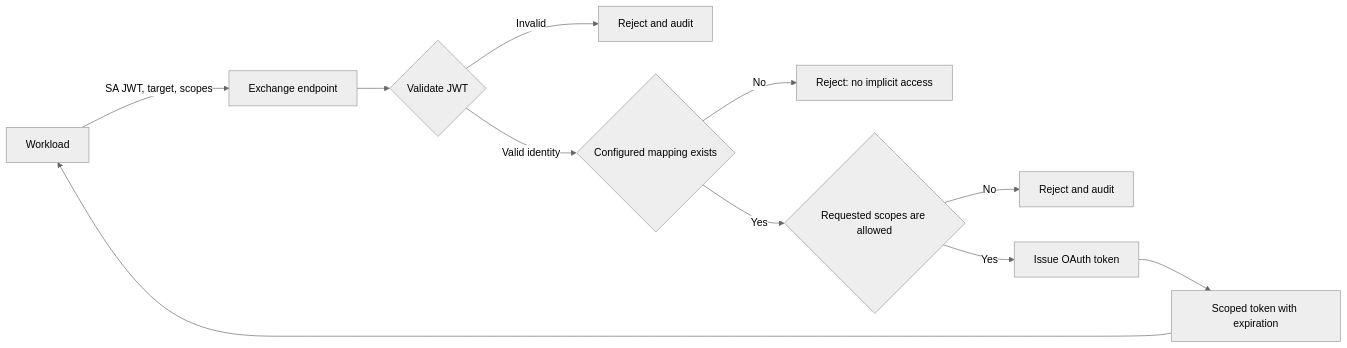
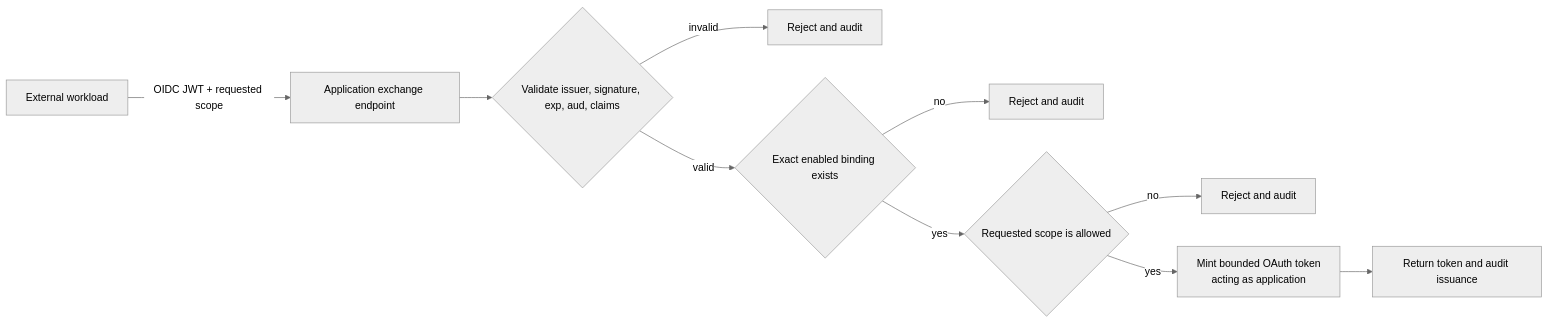
One commit to quay/enhancements changed the diagram in enhancements/workload-identity-authentication-for-quay-management-api.md. Above: the diagram before and after it, drawn with Mermaid (neutral theme). The commit also changed other lines of this file, not shown here.

Commit message:
rework for org-scoped m2m exchange

````diff
--- a/enhancements/workload-identity-authentication-for-quay-management-api.md
+++ b/enhancements/workload-identity-authentication-for-quay-management-api.md
@@ -60,13 +201,12 @@
 ```mermaid
 flowchart LR
-    W[Workload] -->|SA JWT, target, scopes| E[Exchange endpoint]
-    E --> V{Validate JWT}
-    V -->|Invalid| D1[Reject and audit]
-    V -->|Valid identity| M{Configured mapping exists}
-    M -->|No| D2[Reject: no implicit access]
-    M -->|Yes| S{Requested scopes are allowed}
-    S -->|No| D3[Reject and audit]
-    S -->|Yes| O[Issue OAuth token]
-    O --> R[Scoped token with expiration]
-    R --> W
+    W[External workload] -->|OIDC JWT + requested scope| E[Application exchange endpoint]
+    E --> V{Validate issuer, signature, exp, aud, claims}
+    V -->|invalid| R1[Reject and audit]
+    V -->|valid| B{Exact enabled binding exists}
+    B -->|no| R2[Reject and audit]
+    B -->|yes| S{Requested scope is allowed}
+    S -->|no| R3[Reject and audit]
+    S -->|yes| T[Mint bounded OAuth token\nacting as application]
+    T --> A[Return token and audit issuance]
 ```
````
